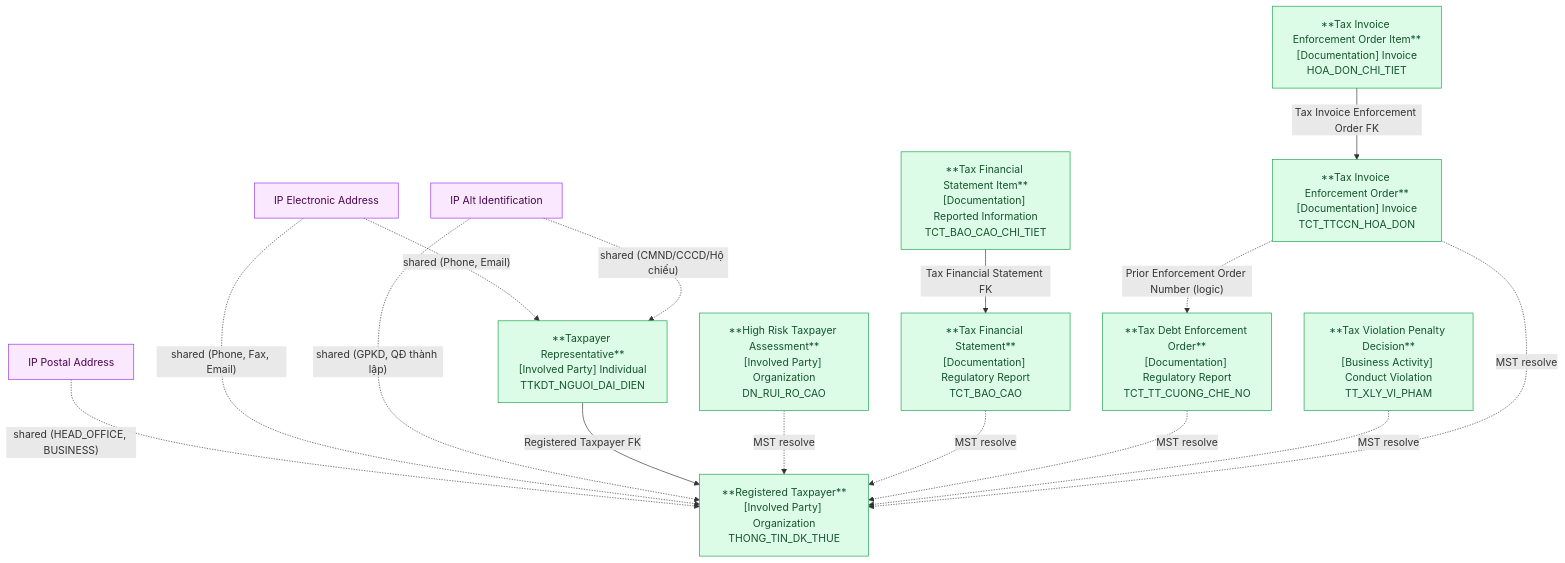
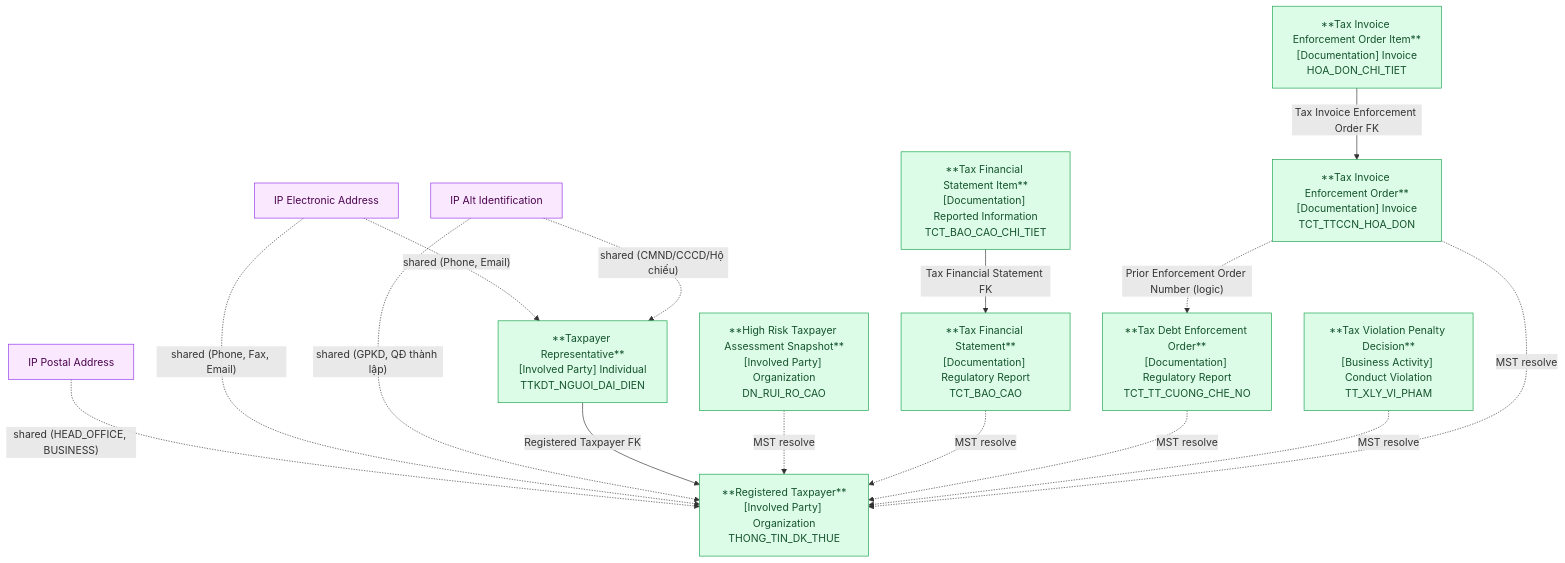
The diagram in Silver/hld/DCST_HLD_Overview.md (linhlvit/ubck_atomic_design), drawn with Mermaid before and after one commit. The commit also changed other lines of this file and 12 other files, not shown here.

````diff
--- a/Silver/hld/DCST_HLD_Overview.md
+++ b/Silver/hld/DCST_HLD_Overview.md
@@ -40,45 +40,45 @@
 ```mermaid
 graph TD
     classDef silver fill:#dcfce7,stroke:#16a34a,color:#14532d
     classDef shared fill:#fae8ff,stroke:#9333ea,color:#4a044e
 
     %% Tier 1
     TAXREG["**Registered Taxpayer**\n[Involved Party] Organization\nTHONG_TIN_DK_THUE"]:::silver
 
     %% Shared
     ADDR["IP Postal Address"]:::shared
     EADDR["IP Electronic Address"]:::shared
     ALTID["IP Alt Identification"]:::shared
 
     %% Tier 2
     REP["**Taxpayer Representative**\n[Involved Party] Individual\nTTKDT_NGUOI_DAI_DIEN"]:::silver
-    HRISK["**High Risk Taxpayer Assessment**\n[Involved Party] Organization\nDN_RUI_RO_CAO"]:::silver
+    HRISK["**High Risk Taxpayer Assessment Snapshot**\n[Involved Party] Organization\nDN_RUI_RO_CAO"]:::silver
     TFS["**Tax Financial Statement**\n[Documentation] Regulatory Report\nTCT_BAO_CAO"]:::silver
     TDEO["**Tax Debt Enforcement Order**\n[Documentation] Regulatory Report\nTCT_TT_CUONG_CHE_NO"]:::silver
     TVPD["**Tax Violation Penalty Decision**\n[Business Activity] Conduct Violation\nTT_XLY_VI_PHAM"]:::silver
     TIEO["**Tax Invoice Enforcement Order**\n[Documentation] Invoice\nTCT_TTCCN_HOA_DON"]:::silver
 
     %% Tier 3
     TFSI["**Tax Financial Statement Item**\n[Documentation] Reported Information\nTCT_BAO_CAO_CHI_TIET"]:::silver
     TIEI["**Tax Invoice Enforcement Order Item**\n[Documentation] Invoice\nHOA_DON_CHI_TIET"]:::silver
 
     %% Tier 1 shared
     ADDR -.->|"shared (HEAD_OFFICE, BUSINESS)"| TAXREG
     EADDR -.->|"shared (Phone, Fax, Email)"| TAXREG
     ALTID -.->|"shared (GPKD, QĐ thành lập)"| TAXREG
 
     %% Tier 2 relationships
     REP -->|"Registered Taxpayer FK"| TAXREG
     HRISK -.->|"MST resolve"| TAXREG
     TFS -.->|"MST resolve"| TAXREG
     TDEO -.->|"MST resolve"| TAXREG
     TVPD -.->|"MST resolve"| TAXREG
     TIEO -.->|"MST resolve"| TAXREG
     TIEO -.->|"Prior Enforcement Order Number (logic)"| TDEO
     EADDR -.->|"shared (Phone, Email)"| REP
     ALTID -.->|"shared (CMND/CCCD/Hộ chiếu)"| REP
 
     %% Tier 3 relationships
     TFSI -->|"Tax Financial Statement FK"| TFS
     TIEI -->|"Tax Invoice Enforcement Order FK"| TIEO
 ```
````
